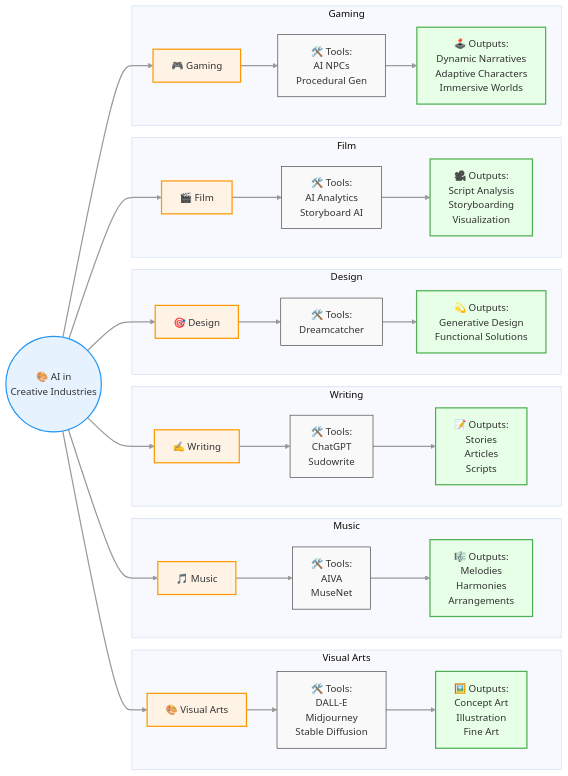
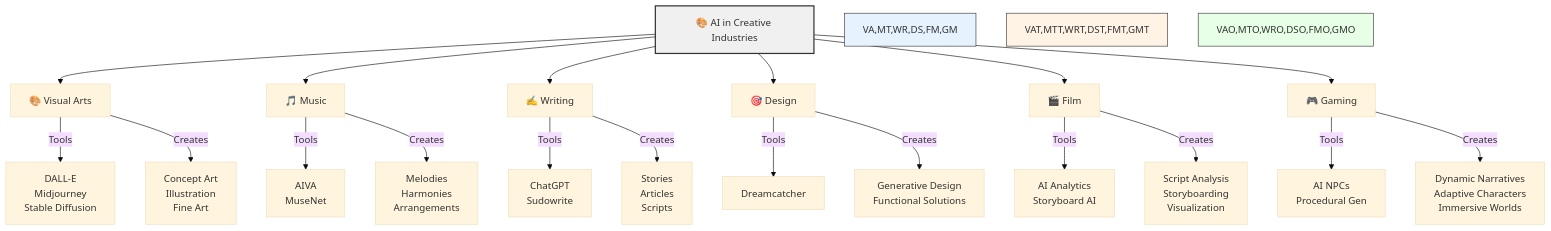
The diagram in assets/blog/ai-creativity.md (boubakerwa/personal-website), drawn with Mermaid (base theme) before and after one commit.

````diff
--- a/assets/blog/ai-creativity.md
+++ b/assets/blog/ai-creativity.md
@@ -11,65 +11,36 @@
 ```mermaid
-graph LR
-    AI(("🎨 AI in<br>Creative Industries"))
+graph TD
+    AI[🎨 AI in Creative Industries]
     
-    subgraph Visual Arts
-    VA["🎨 Visual Arts"]
-    VAT["🛠️ Tools:<br>DALL-E<br>Midjourney<br>Stable Diffusion"]
-    VAO["🖼️ Outputs:<br>Concept Art<br>Illustration<br>Fine Art"]
-    end
+    VA[🎨 Visual Arts]
+    MT[🎵 Music]
+    WR[✍️ Writing]
+    DS[🎯 Design]
+    FM[🎬 Film]
+    GM[🎮 Gaming]
     
-    subgraph Music
-    MC["🎵 Music"]
-    MCT["🛠️ Tools:<br>AIVA<br>MuseNet"]
-    MCO["🎼 Outputs:<br>Melodies<br>Harmonies<br>Arrangements"]
-    end
+    AI --> VA & MT & WR & DS & FM & GM
     
-    subgraph Writing
-    WR["✍️ Writing"]
-    WRT["🛠️ Tools:<br>ChatGPT<br>Sudowrite"]
-    WRO["📝 Outputs:<br>Stories<br>Articles<br>Scripts"]
-    end
+    VA --> |Tools| VAT[DALL-E<br>Midjourney<br>Stable Diffusion]
+    VA --> |Creates| VAO[Concept Art<br>Illustration<br>Fine Art]
     
-    subgraph Design
-    DS["🎯 Design"]
-    DST["🛠️ Tools:<br>Dreamcatcher"]
-    DSO["💫 Outputs:<br>Generative Design<br>Functional Solutions"]
-    end
+    MT --> |Tools| MTT[AIVA<br>MuseNet]
+    MT --> |Creates| MTO[Melodies<br>Harmonies<br>Arrangements]
     
-    subgraph Film
-    FM["🎬 Film"]
-    FMT["🛠️ Tools:<br>AI Analytics<br>Storyboard AI"]
-    FMO["🎥 Outputs:<br>Script Analysis<br>Storyboarding<br>Visualization"]
-    end
+    WR --> |Tools| WRT[ChatGPT<br>Sudowrite]
+    WR --> |Creates| WRO[Stories<br>Articles<br>Scripts]
     
-    subgraph Gaming
-    GM["🎮 Gaming"]
-    GMT["🛠️ Tools:<br>AI NPCs<br>Procedural Gen"]
-    GMO["🕹️ Outputs:<br>Dynamic Narratives<br>Adaptive Characters<br>Immersive Worlds"]
-    end
-
-    AI --> VA
-    AI --> MC
-    AI --> WR
-    AI --> DS
-    AI --> FM
-    AI --> GM
+    DS --> |Tools| DST[Dreamcatcher]
+    DS --> |Creates| DSO[Generative Design<br>Functional Solutions]
     
-    VA --> VAT --> VAO
-    MC --> MCT --> MCO
-    WR --> WRT --> WRO
-    DS --> DST --> DSO
-    FM --> FMT --> FMO
-    GM --> GMT --> GMO
-
-    classDef default fill:#f9f9f9,stroke:#333,stroke-width:1px
-    classDef primary fill:#e6f3ff,stroke:#2196f3,stroke-width:2px
-    classDef secondary fill:#fff3e6,stroke:#ff9800,stroke-width:2px
-    classDef output fill:#e6ffe6,stroke:#4caf50,stroke-width:2px
+    FM --> |Tools| FMT[AI Analytics<br>Storyboard AI]
+    FM --> |Creates| FMO[Script Analysis<br>Storyboarding<br>Visualization]
     
-    class AI primary
-    class VA,MC,WR,DS,FM,GM secondary
-    class VAO,MCO,WRO,DSO,FMO,GMO output
+    GM --> |Tools| GMT[AI NPCs<br>Procedural Gen]
+    GM --> |Creates| GMO[Dynamic Narratives<br>Adaptive Characters<br>Immersive Worlds]
     
-    linkStyle default stroke:#999,stroke-width:2px
+    style AI fill:#f0f0f0,stroke:#333,stroke-width:2px
+    style VA,MT,WR,DS,FM,GM fill:#e6f3ff,stroke:#333
+    style VAT,MTT,WRT,DST,FMT,GMT fill:#fff3e6,stroke:#333
+    style VAO,MTO,WRO,DSO,FMO,GMO fill:#e6ffe6,stroke:#333
 ```
````
